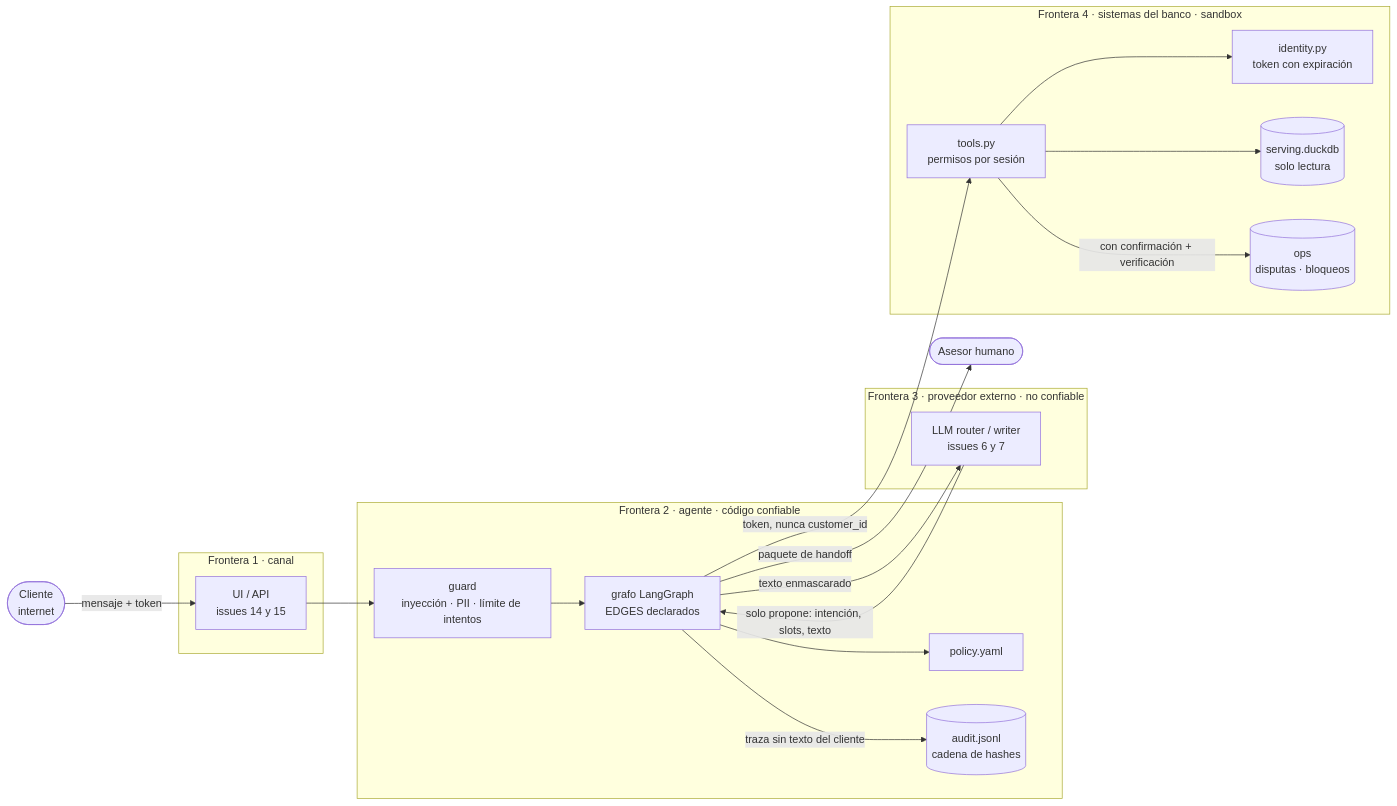
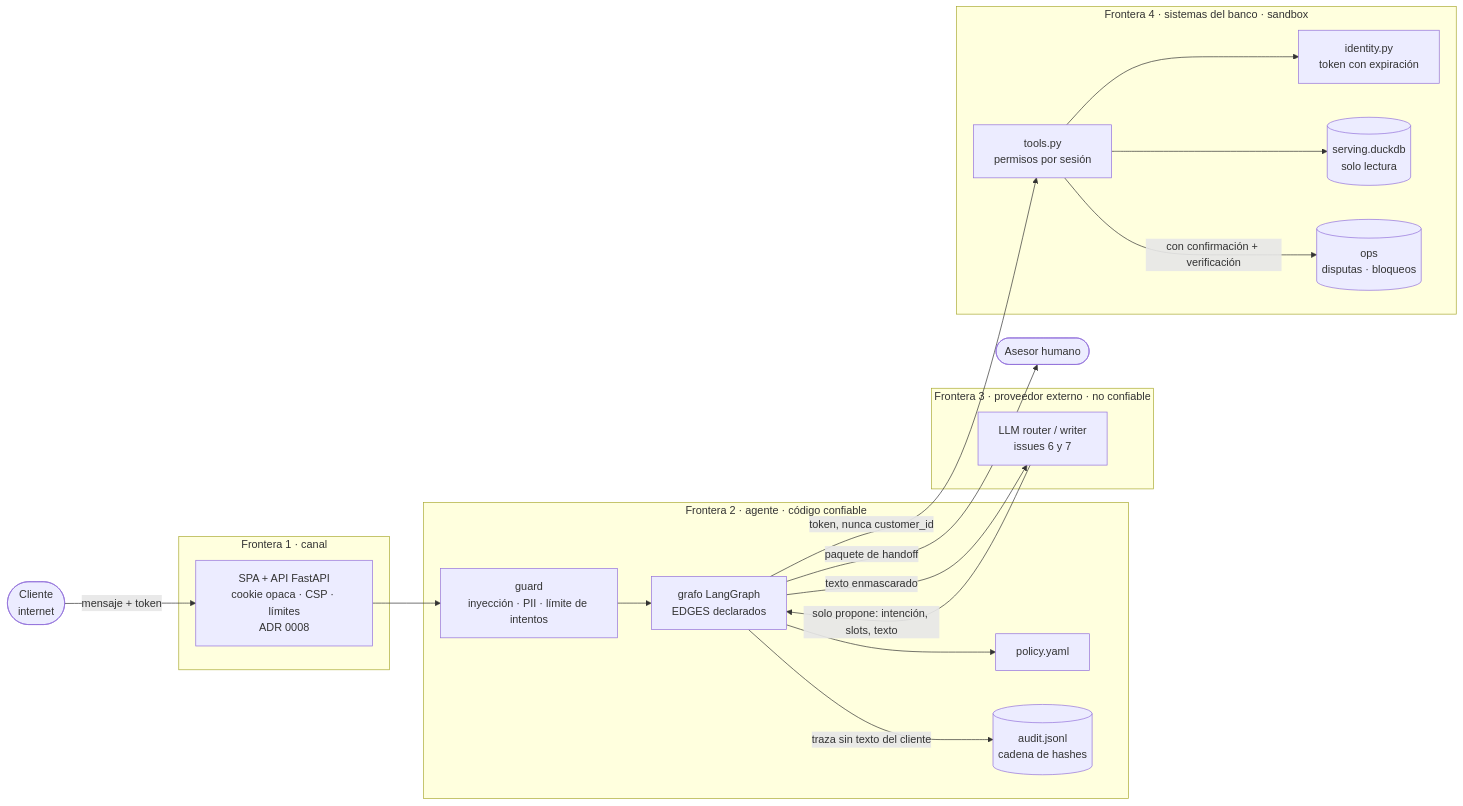
One commit to Mr-Percival/factored-hackathon-2026-disputas changed the diagram in docs/threat-model.md. Above: the diagram before and after it, drawn with Mermaid. The commit also changed other lines of this file and 71 other files, not shown here.

First line of the commit message:
feat: demo web (FastAPI + React) con sesión por cookie y consola del asesor (#50)

````diff
--- a/docs/threat-model.md
+++ b/docs/threat-model.md
@@ -15,37 +15,37 @@
 ```mermaid
 flowchart LR
     C([Cliente<br/>internet]) -->|mensaje + token| CH
 
     subgraph B1[Frontera 1 · canal]
-        CH[UI / API<br/>issues 14 y 15]
+        CH[SPA + API FastAPI<br/>cookie opaca · CSP · límites<br/>ADR 0008]
     end
 
     subgraph B2[Frontera 2 · agente · código confiable]
         GU[guard<br/>inyección · PII · límite de intentos]
         GR[grafo LangGraph<br/>EDGES declarados]
         PO[policy.yaml]
         AU[(audit.jsonl<br/>cadena de hashes)]
     end
 
     subgraph B3[Frontera 3 · proveedor externo · no confiable]
         LLM[LLM router / writer<br/>issues 6 y 7]
     end
 
     subgraph B4[Frontera 4 · sistemas del banco · sandbox]
         ID[identity.py<br/>token con expiración]
         TO[tools.py<br/>permisos por sesión]
         SV[(serving.duckdb<br/>solo lectura)]
         OP[(ops<br/>disputas · bloqueos)]
     end
 
     CH --> GU --> GR
     GR -->|texto enmascarado| LLM
     LLM -->|solo propone: intención, slots, texto| GR
     GR --> PO
     GR -->|token, nunca customer_id| TO
     TO --> ID
     TO --> SV
     TO -->|con confirmación + verificación| OP
     GR -->|traza sin texto del cliente| AU
     GR -->|paquete de handoff| H([Asesor humano])
 ```
````
